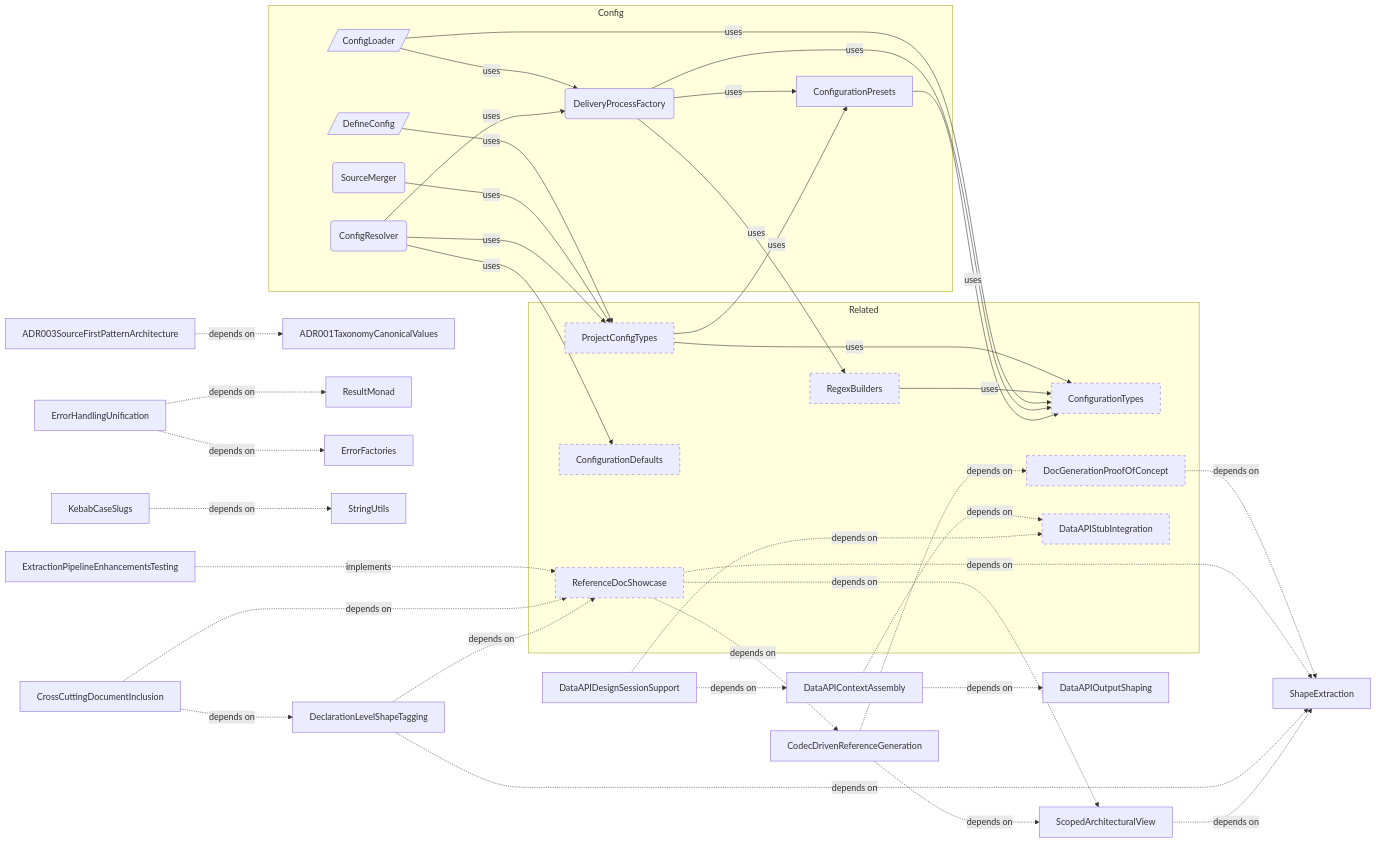
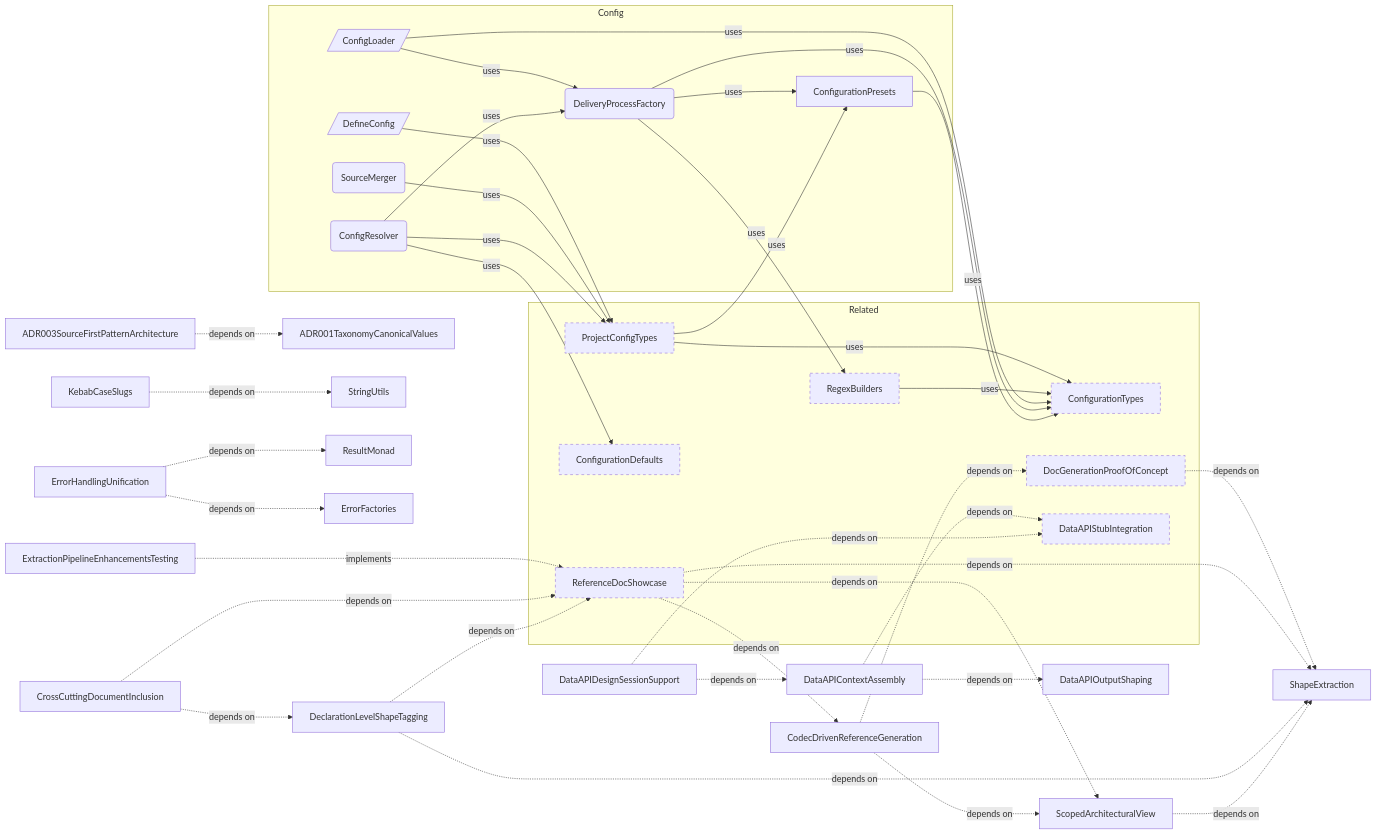
The second of 2 diagrams in docs-live/PRODUCT-AREAS.md (libar-dev/architect), drawn with Mermaid before and after one commit. The commit also changed other lines of this file and 38 other files, not shown here.

Commit message:
Refactor codec architecture docs to reference doc generator

````diff
--- a/docs-live/PRODUCT-AREAS.md
+++ b/docs-live/PRODUCT-AREAS.md
@@ -175,71 +175,71 @@
 ```mermaid
 graph LR
     subgraph config["Config"]
         ConfigResolver("ConfigResolver")
         ConfigurationPresets["ConfigurationPresets"]
         SourceMerger("SourceMerger")
         DeliveryProcessFactory("DeliveryProcessFactory")
         DefineConfig[/"DefineConfig"/]
         ConfigLoader[/"ConfigLoader"/]
     end
+    ADR003SourceFirstPatternArchitecture["ADR003SourceFirstPatternArchitecture"]
+    ADR001TaxonomyCanonicalValues["ADR001TaxonomyCanonicalValues"]
     ShapeExtraction["ShapeExtraction"]
     ScopedArchitecturalView["ScopedArchitecturalView"]
     DeclarationLevelShapeTagging["DeclarationLevelShapeTagging"]
     DataAPIDesignSessionSupport["DataAPIDesignSessionSupport"]
     DataAPIOutputShaping["DataAPIOutputShaping"]
     DataAPIContextAssembly["DataAPIContextAssembly"]
     CrossCuttingDocumentInclusion["CrossCuttingDocumentInclusion"]
     CodecDrivenReferenceGeneration["CodecDrivenReferenceGeneration"]
-    ADR003SourceFirstPatternArchitecture["ADR003SourceFirstPatternArchitecture"]
-    ADR001TaxonomyCanonicalValues["ADR001TaxonomyCanonicalValues"]
+    StringUtils["StringUtils"]
     ResultMonad["ResultMonad"]
     ErrorFactories["ErrorFactories"]
-    StringUtils["StringUtils"]
     ExtractionPipelineEnhancementsTesting["ExtractionPipelineEnhancementsTesting"]
     KebabCaseSlugs["KebabCaseSlugs"]
     ErrorHandlingUnification["ErrorHandlingUnification"]
     subgraph related["Related"]
         ConfigurationTypes["ConfigurationTypes"]:::neighbor
         RegexBuilders["RegexBuilders"]:::neighbor
         ProjectConfigTypes["ProjectConfigTypes"]:::neighbor
         ConfigurationDefaults["ConfigurationDefaults"]:::neighbor
         ReferenceDocShowcase["ReferenceDocShowcase"]:::neighbor
         DocGenerationProofOfConcept["DocGenerationProofOfConcept"]:::neighbor
         DataAPIStubIntegration["DataAPIStubIntegration"]:::neighbor
     end
     ConfigResolver -->|uses| ProjectConfigTypes
     ConfigResolver -->|uses| DeliveryProcessFactory
     ConfigResolver -->|uses| ConfigurationDefaults
     ConfigurationPresets -->|uses| ConfigurationTypes
     SourceMerger -->|uses| ProjectConfigTypes
     DeliveryProcessFactory -->|uses| ConfigurationTypes
     DeliveryProcessFactory -->|uses| ConfigurationPresets
     DeliveryProcessFactory -->|uses| RegexBuilders
     DefineConfig -->|uses| ProjectConfigTypes
     ConfigLoader -->|uses| DeliveryProcessFactory
     ConfigLoader -->|uses| ConfigurationTypes
+    ADR003SourceFirstPatternArchitecture -.->|depends on| ADR001TaxonomyCanonicalValues
     ScopedArchitecturalView -.->|depends on| ShapeExtraction
     DeclarationLevelShapeTagging -.->|depends on| ShapeExtraction
     DeclarationLevelShapeTagging -.->|depends on| ReferenceDocShowcase
     DataAPIDesignSessionSupport -.->|depends on| DataAPIContextAssembly
     DataAPIDesignSessionSupport -.->|depends on| DataAPIStubIntegration
     DataAPIContextAssembly -.->|depends on| DataAPIOutputShaping
     DataAPIContextAssembly -.->|depends on| DataAPIStubIntegration
     CrossCuttingDocumentInclusion -.->|depends on| DeclarationLevelShapeTagging
     CrossCuttingDocumentInclusion -.->|depends on| ReferenceDocShowcase
     CodecDrivenReferenceGeneration -.->|depends on| DocGenerationProofOfConcept
     CodecDrivenReferenceGeneration -.->|depends on| ScopedArchitecturalView
-    ADR003SourceFirstPatternArchitecture -.->|depends on| ADR001TaxonomyCanonicalValues
     ExtractionPipelineEnhancementsTesting ..->|implements| ReferenceDocShowcase
     KebabCaseSlugs -.->|depends on| StringUtils
     ErrorHandlingUnification -.->|depends on| ResultMonad
     ErrorHandlingUnification -.->|depends on| ErrorFactories
     RegexBuilders -->|uses| ConfigurationTypes
     ProjectConfigTypes -->|uses| ConfigurationTypes
     ProjectConfigTypes -->|uses| ConfigurationPresets
     ReferenceDocShowcase -.->|depends on| CodecDrivenReferenceGeneration
     ReferenceDocShowcase -.->|depends on| ScopedArchitecturalView
     ReferenceDocShowcase -.->|depends on| ShapeExtraction
     DocGenerationProofOfConcept -.->|depends on| ShapeExtraction
     classDef neighbor stroke-dasharray: 5 5
 ```
````
